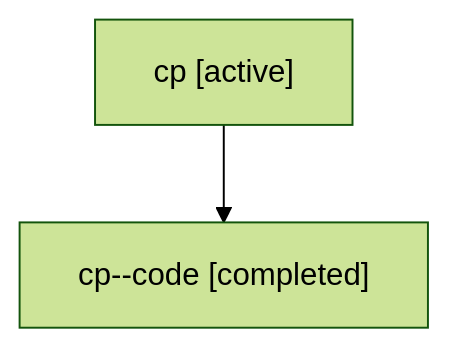
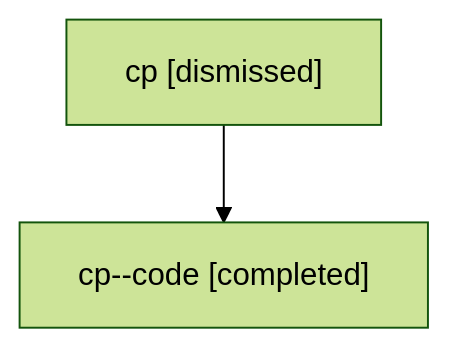
One commit to sase-org/sase--agents changed the diagram in sessions/bbugyi200.athena.cp.md. Above: the diagram before and after it, drawn with Mermaid (forest theme). The commit also changed other lines of this file and 12 other files, not shown here.

````diff
--- a/sessions/bbugyi200.athena.cp.md
+++ b/sessions/bbugyi200.athena.cp.md
@@ -9,6 +9,6 @@
 ```mermaid
 flowchart TD
-  n0["cp [active]"]
+  n0["cp [dismissed]"]
   n1["cp--code [completed]"]
   n0 --> n1
 ```
````
